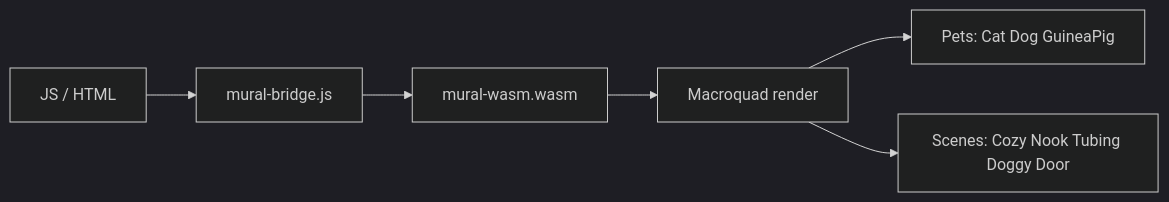
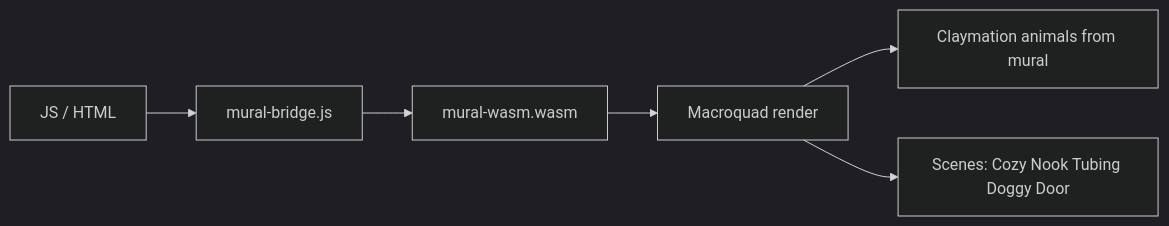
One commit to cochranblock/oakilydokily changed the diagram in mural-wasm/README.md. Above: the diagram before and after it, drawn with Mermaid (dark theme). The commit also changed other lines of this file and 5 other files, not shown here.

First line of the commit message:
mural-wasm: use claymation animals from mural instead of generic sprites

````diff
--- a/mural-wasm/README.md
+++ b/mural-wasm/README.md
@@ -15,8 +15,8 @@
 ```mermaid
 flowchart LR
     JS[JS / HTML] --> Bridge[mural-bridge.js]
     Bridge --> WASM[mural-wasm.wasm]
     WASM --> Macroquad[Macroquad render]
-    Macroquad --> Pets[Pets: Cat Dog GuineaPig]
+    Macroquad --> Pets[Claymation animals from mural]
     Macroquad --> Scenes[Scenes: Cozy Nook Tubing Doggy Door]
 ```
````
